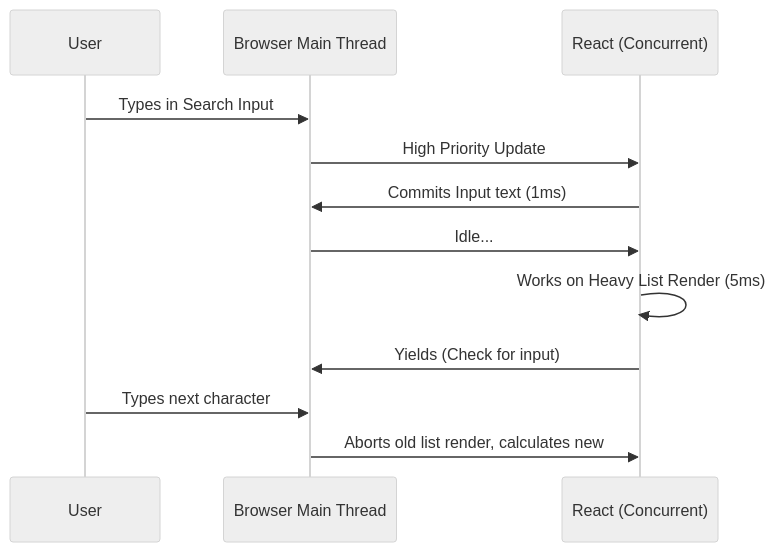
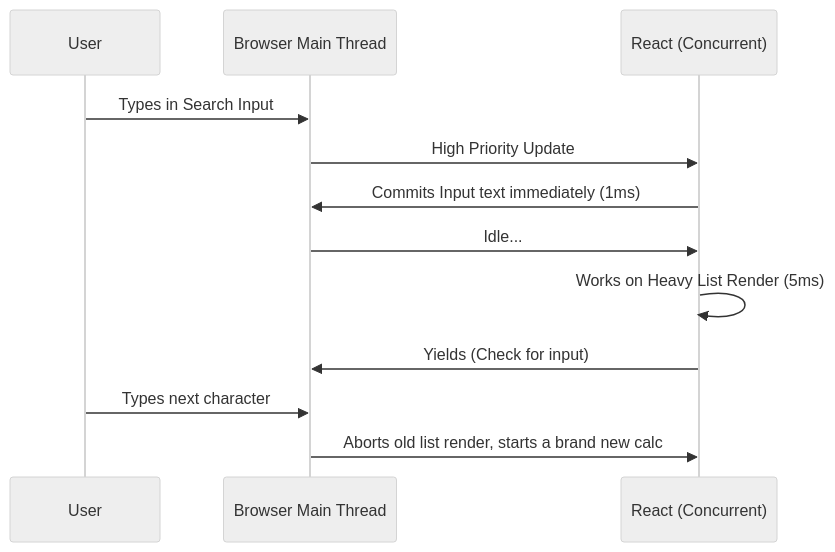
The diagram in docs/concurrent-rendering.md (prakharp18/fdsheet), drawn with Mermaid (neutral theme) before and after one commit. The commit also changed other lines of this file and 9 other files, not shown here.

````diff
--- a/docs/concurrent-rendering.md
+++ b/docs/concurrent-rendering.md
@@ -28,15 +35,15 @@
 ```mermaid
 sequenceDiagram
     participant U as User
     participant B as Browser Main Thread
     participant R as React (Concurrent)
 
     U->>B: Types in Search Input
     B->>R: High Priority Update
-    R->>B: Commits Input text (1ms)
+    R->>B: Commits Input text immediately (1ms)
     B->>R: Idle...
     R->>R: Works on Heavy List Render (5ms)
     R->>B: Yields (Check for input)
     U->>B: Types next character
-    B->>R: Aborts old list render, calculates new
+    B->>R: Aborts old list render, starts a brand new calc
 ```
````
